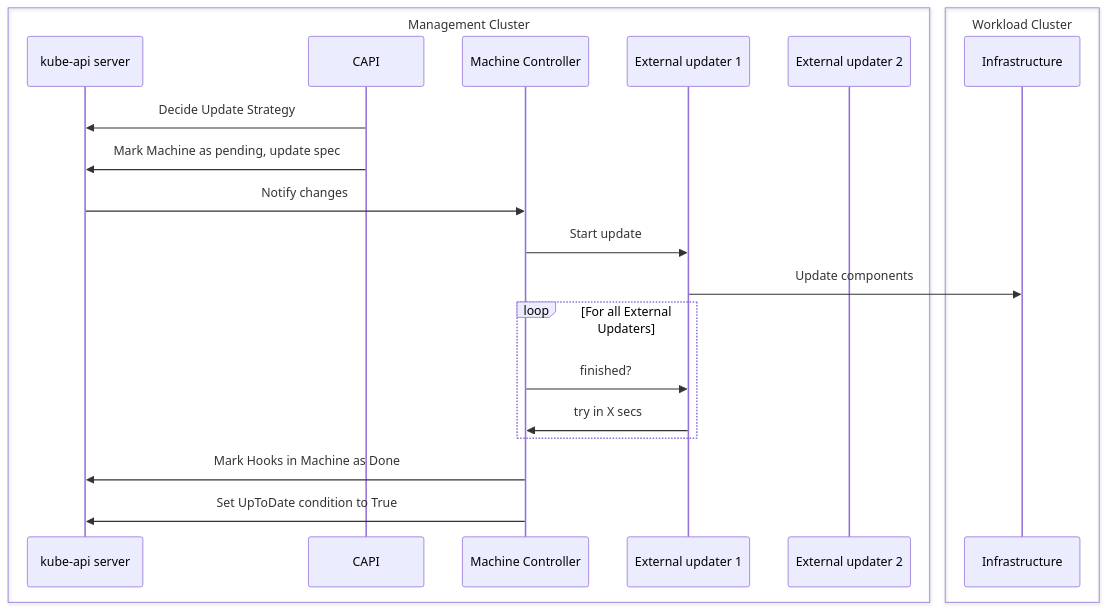
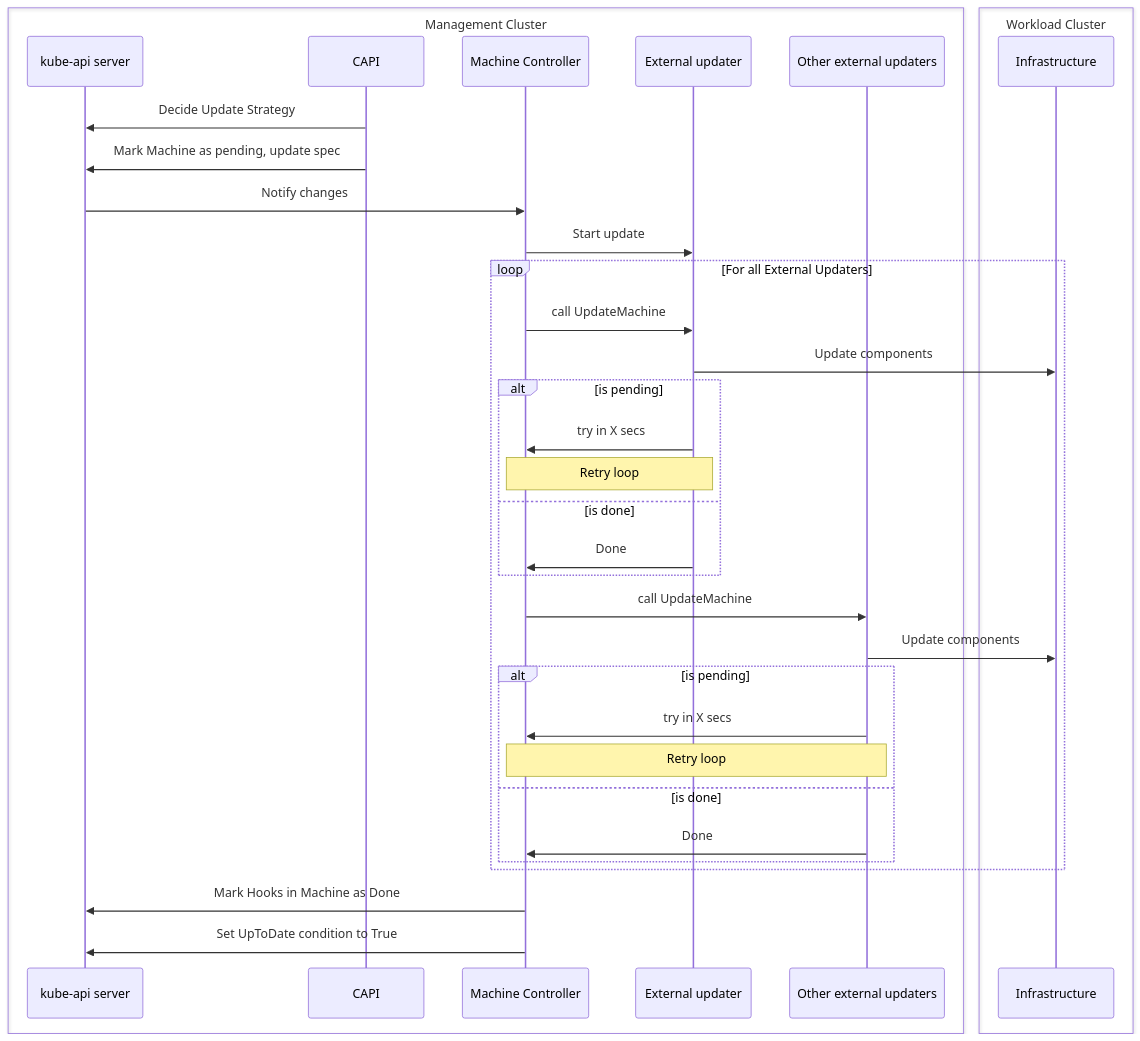
The fifth of 9 diagrams in docs/proposals/20240807-in-place-updates.md (g-gaston/cluster-api), drawn with Mermaid before and after one commit. The commit also changed other lines of this file, not shown here.

Commit message:
Clarify sequential execution diagram

````diff
--- a/docs/proposals/20240807-in-place-updates.md
+++ b/docs/proposals/20240807-in-place-updates.md
@@ -349,26 +350,39 @@
 ```mermaid
 sequenceDiagram
 box Management Cluster
     participant apiserver as kube-api server
     participant capi as CAPI
     participant mach as Machine Controller
-    participant hook as External updater 1
-    participant hook2 as External updater 2
+    participant hook as External updater
+    participant hook1 as Other external updaters
 end
 
 box Workload Cluster
     participant infra as Infrastructure
 end
 
 capi->>apiserver: Decide Update Strategy
 capi->>apiserver: Mark Machine as pending, update spec
 apiserver->>mach: Notify changes
 mach->>hook: Start update
-hook->>infra: Update components
 loop For all External Updaters
-    mach->>hook: finished?
+  mach->>hook: call UpdateMachine
+  hook->>infra: Update components
+  alt is pending
     hook->>mach: try in X secs
+    Note over hook,mach: Retry loop
+  else is done
+    hook->>mach: Done
+  end
+  mach->>hook1: call UpdateMachine
+  hook1->>infra: Update components
+  alt is pending
+    hook1->>mach: try in X secs
+    Note over hook1,mach: Retry loop
+  else is done
+    hook1->>mach: Done
+  end
 end
 mach->>apiserver: Mark Hooks in Machine as Done
 mach->>apiserver: Set UpToDate condition to True
 ```
````
